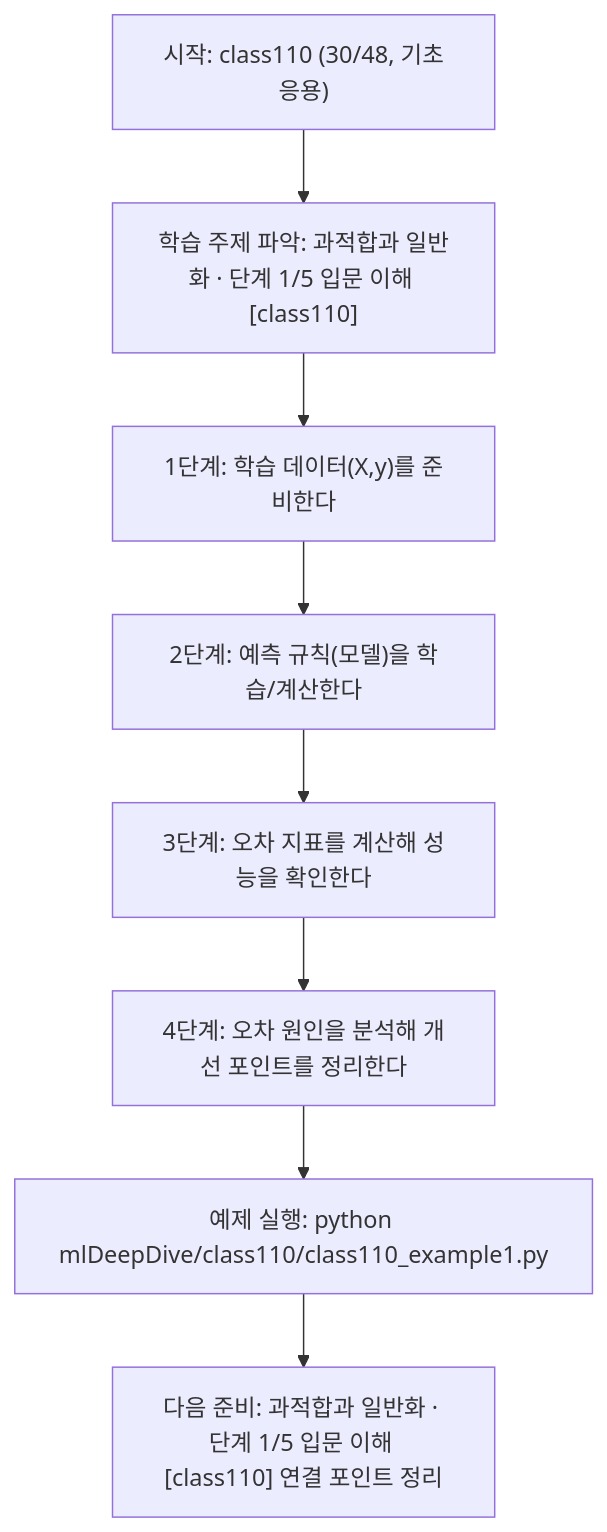
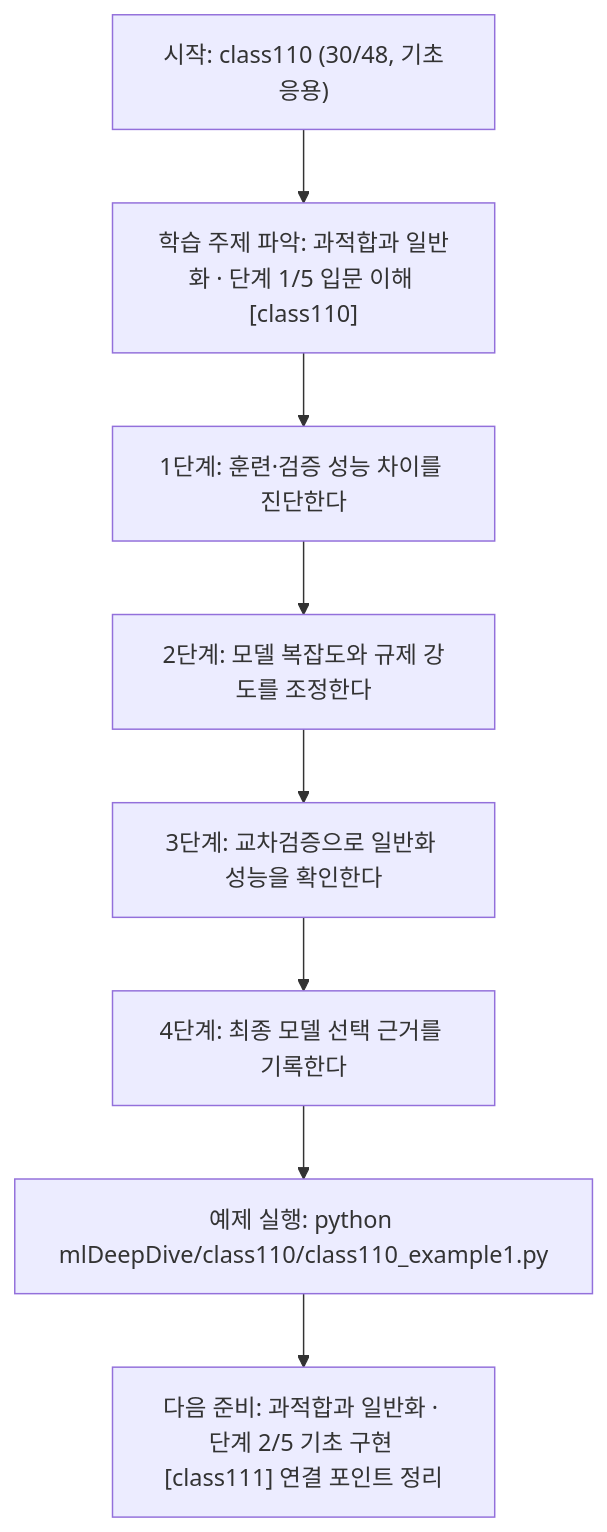
The diagram in mlDeepDive/class110/class110.md (edumgt/Python-AI_Agent-Class), drawn with Mermaid before and after one commit. The commit also changed other lines of this file and 338 other files, not shown here.

````diff
--- a/mlDeepDive/class110/class110.md
+++ b/mlDeepDive/class110/class110.md
@@ -109,18 +91,18 @@
 ```mermaid
 flowchart TD
 N1["시작: class110 (30/48, 기초응용)"]
 N2["학습 주제 파악: 과적합과 일반화 · 단계 1/5 입문 이해 [class110]"]
-N3["1단계: 학습 데이터(X,y)를 준비한다"]
-N4["2단계: 예측 규칙(모델)을 학습/계산한다"]
-N5["3단계: 오차 지표를 계산해 성능을 확인한다"]
-N6["4단계: 오차 원인을 분석해 개선 포인트를 정리한다"]
+N3["1단계: 훈련·검증 성능 차이를 진단한다"]
+N4["2단계: 모델 복잡도와 규제 강도를 조정한다"]
+N5["3단계: 교차검증으로 일반화 성능을 확인한다"]
+N6["4단계: 최종 모델 선택 근거를 기록한다"]
 N7["예제 실행: python mlDeepDive/class110/class110_example1.py"]
-N8["다음 준비: 과적합과 일반화 · 단계 1/5 입문 이해 [class110] 연결 포인트 정리"]
+N8["다음 준비: 과적합과 일반화 · 단계 2/5 기초 구현 [class111] 연결 포인트 정리"]
 N1 --> N2
 N2 --> N3
 N3 --> N4
 N4 --> N5
 N5 --> N6
 N6 --> N7
 N7 --> N8
 ```
````
